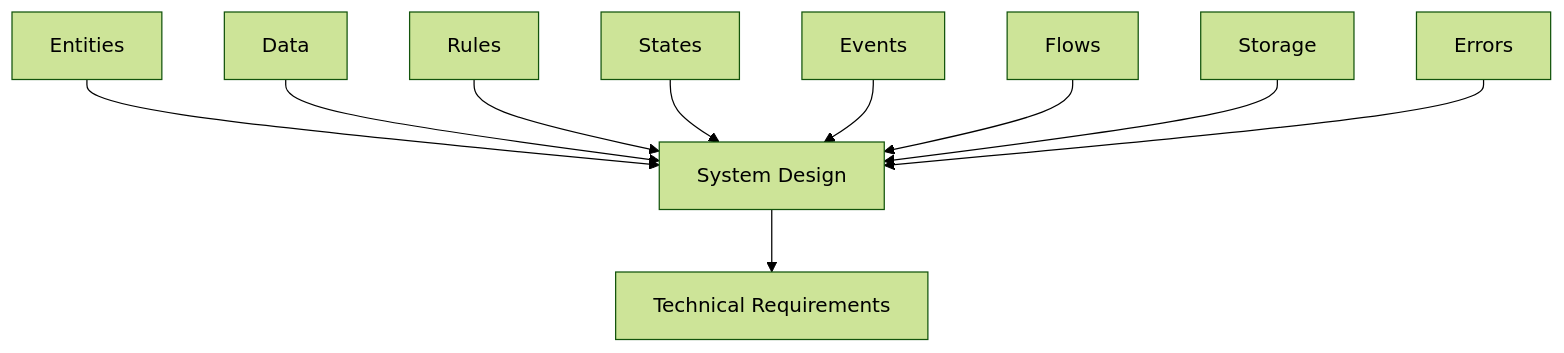
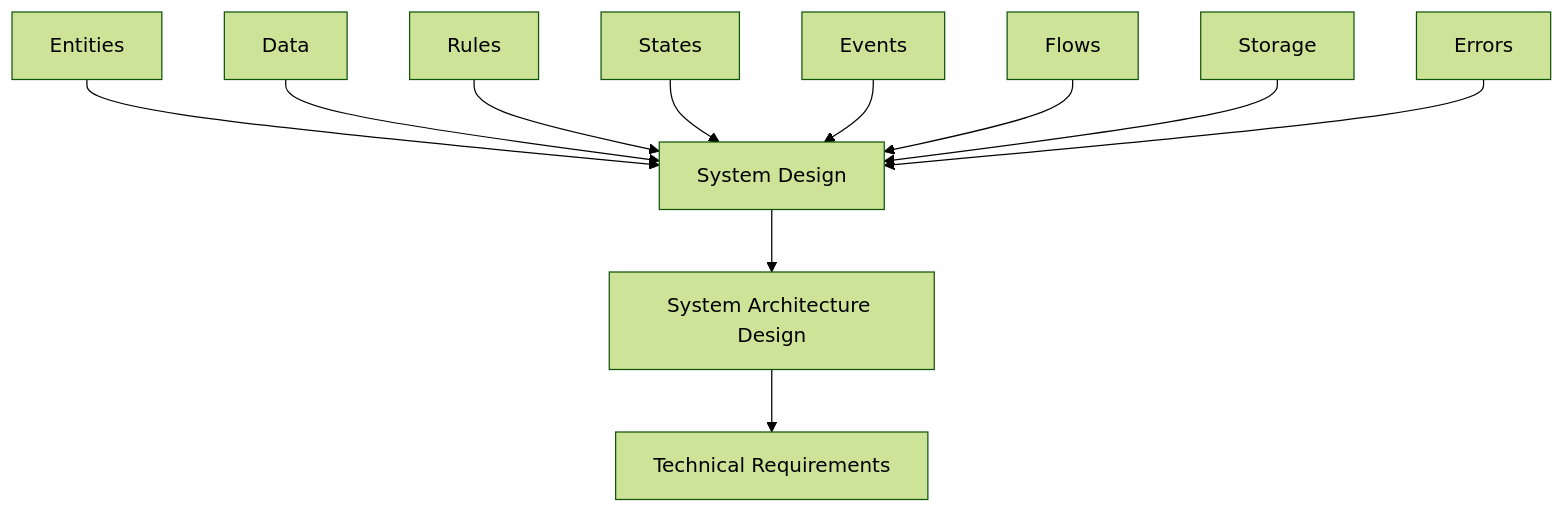
One commit to Mvil34998/Programming-Digital-Systems changed the third of 3 diagrams in docs/00_maps/Documentation_Map.md. Above: the diagram before and after it, drawn with Mermaid (forest theme). The commit also changed other lines of this file, not shown here.

Commit message:
Add system architecture design to documentation map

````diff
--- a/docs/00_maps/Documentation_Map.md
+++ b/docs/00_maps/Documentation_Map.md
@@ -253,12 +261,13 @@
 ```mermaid
 flowchart TD
     E1[Entities] --> SD[System Design]
     E2[Data] --> SD
     E3[Rules] --> SD
     E4[States] --> SD
     E5[Events] --> SD
     E6[Flows] --> SD
     E7[Storage] --> SD
     E8[Errors] --> SD
-    SD --> TR[Technical Requirements]
+    SD --> SAD[System Architecture Design]
+    SAD --> TR[Technical Requirements]
 ```
````
